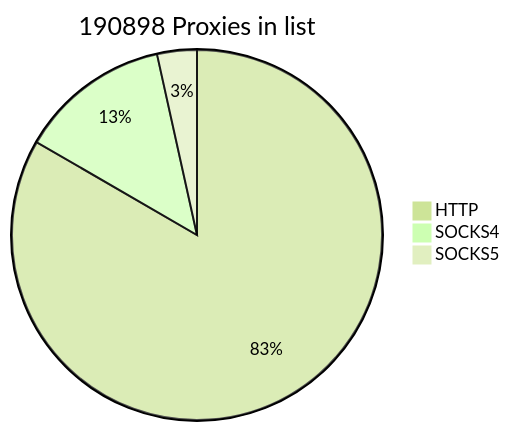
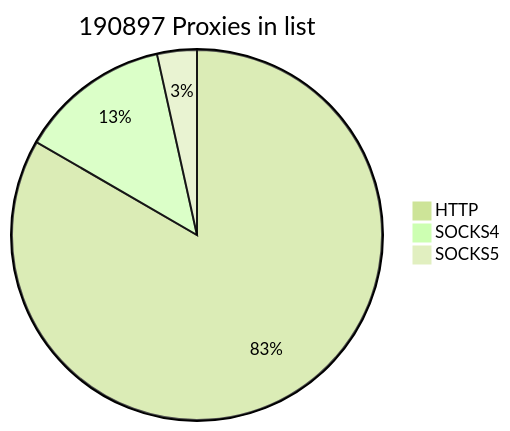
The first of 2 diagrams in README.md (cutipu/proxylist), drawn with Mermaid (forest theme) before and after one commit. The commit also changed other lines of this file, not shown here.

````diff
--- a/README.md
+++ b/README.md
@@ -2,7 +2,7 @@
 ```mermaid
-pie title 190898 Proxies in list
-    "HTTP" : 159120
-    "SOCKS4" : 25161
-    "SOCKS5" : 6617
+pie title 190897 Proxies in list
+    "HTTP" : 159119
+    "SOCKS4" : 25160
+    "SOCKS5" : 6618
             
 ```
````
